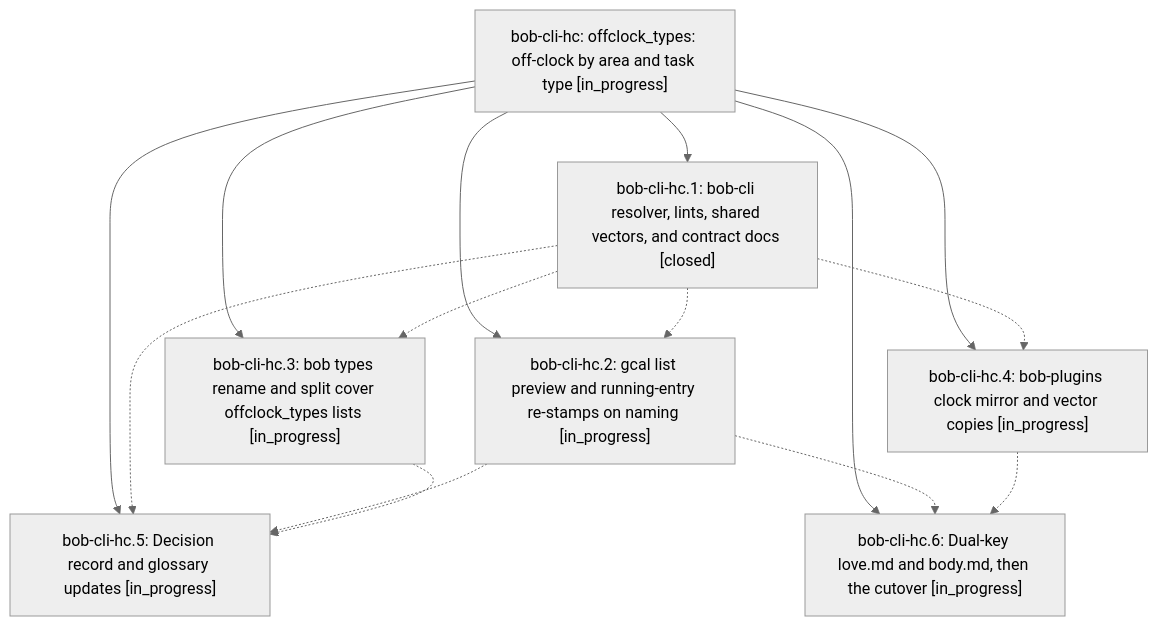
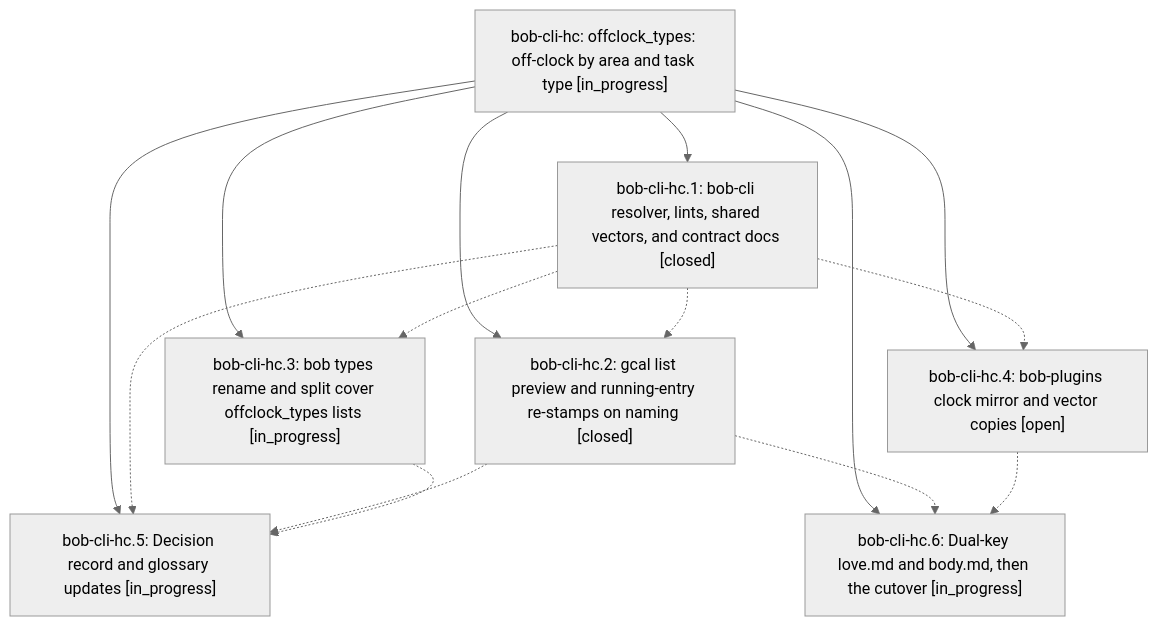
One commit to bobs-org/bob-cli--beads changed the diagram in pages/bob-cli-hc/README.md. Above: the diagram before and after it, drawn with Mermaid (neutral theme). The commit also changed other lines of this file and 5 other files, not shown here.

First line of the commit message:
chore(beads): sync bead state and pages for bob-cli-hc

````diff
--- a/pages/bob-cli-hc/README.md
+++ b/pages/bob-cli-hc/README.md
@@ -39,24 +39,24 @@
 ```mermaid
 flowchart TD
     n0["bob-cli-hc: offclock_types: off-clock by area and task type [in_progress]"]
     n1["bob-cli-hc.1: bob-cli resolver, lints, shared vectors, and contract docs [closed]"]
-    n2["bob-cli-hc.2: gcal list preview and running-entry re-stamps on naming [in_progress]"]
+    n2["bob-cli-hc.2: gcal list preview and running-entry re-stamps on naming [closed]"]
     n3["bob-cli-hc.3: bob types rename and split cover offclock_types lists [in_progress]"]
-    n4["bob-cli-hc.4: bob-plugins clock mirror and vector copies [in_progress]"]
+    n4["bob-cli-hc.4: bob-plugins clock mirror and vector copies [open]"]
     n5["bob-cli-hc.5: Decision record and glossary updates [in_progress]"]
     n6["bob-cli-hc.6: Dual-key love.md and body.md, then the cutover [in_progress]"]
     n0 --> n1
     n0 --> n2
     n0 --> n3
     n0 --> n4
     n0 --> n5
     n0 --> n6
     n1 -.-> n2
     n1 -.-> n3
     n1 -.-> n4
     n1 -.-> n5
     n2 -.-> n5
     n2 -.-> n6
     n3 -.-> n5
     n4 -.-> n6
 ```
````
